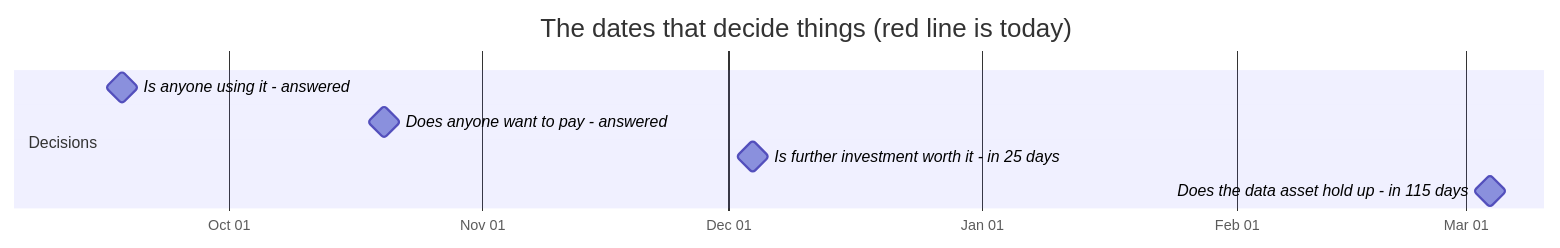
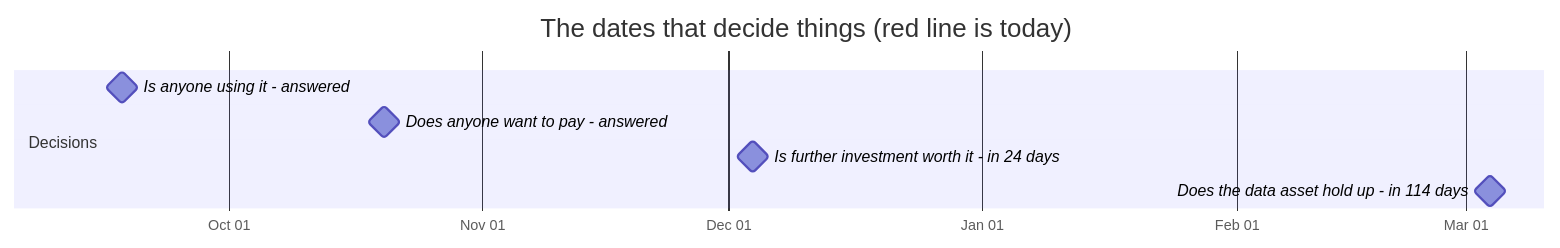
Before and after one commit to jakegu1/vetagent: the first of 2 diagrams in docs/OWNER.md, drawn with Mermaid. The commit also changed other lines of this file and 1 other file, not shown here.

````diff
--- a/docs/OWNER.md
+++ b/docs/OWNER.md
@@ -67,12 +67,12 @@
 ```mermaid
 gantt
     dateFormat YYYY-MM-DD
     axisFormat %b %d
     todayMarker stroke-width:3px,stroke:#d33,stroke-dasharray:0
     title The dates that decide things (red line is today)
     section Decisions
     Is anyone using it - answered :milestone, 2026-09-18, 0d
     Does anyone want to pay - answered :milestone, 2026-10-20, 0d
-    Is further investment worth it - in 25 days :milestone, 2026-12-04, 0d
-    Does the data asset hold up - in 115 days :milestone, 2027-03-04, 0d
+    Is further investment worth it - in 24 days :milestone, 2026-12-04, 0d
+    Does the data asset hold up - in 114 days :milestone, 2027-03-04, 0d
 ```
````
